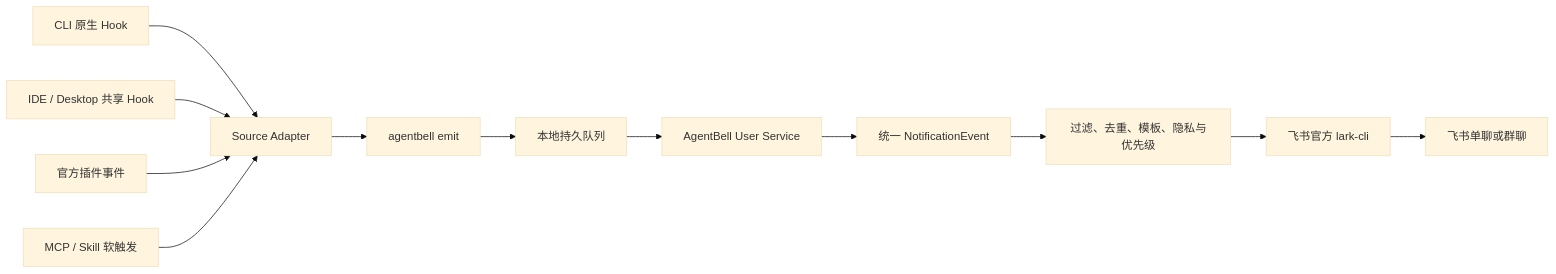
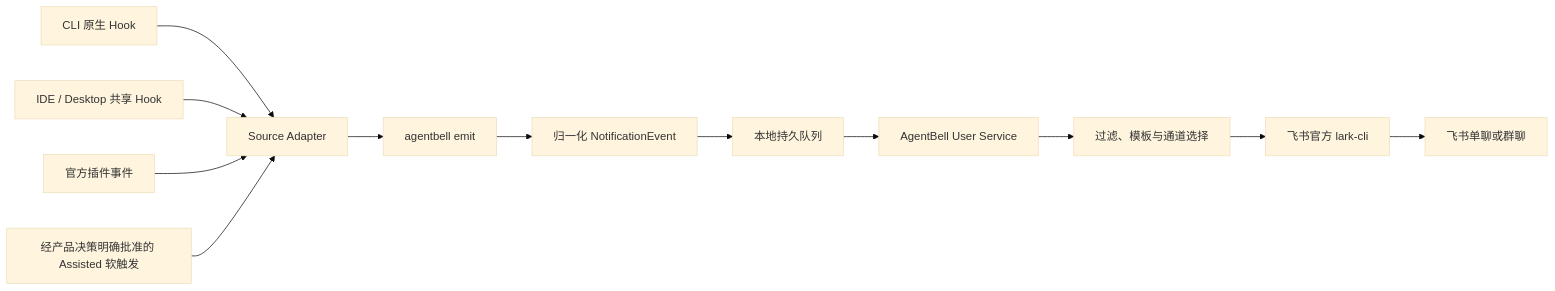
Before and after one commit to liming0791/agentbell: the diagram in docs/architecture.md, drawn with Mermaid (base theme). The commit also changed other lines of this file and 55 other files, not shown here.

````diff
--- a/docs/architecture.md
+++ b/docs/architecture.md
@@ -14,18 +14,18 @@
 ```mermaid
 flowchart LR
     S1["CLI 原生 Hook"]
     S2["IDE / Desktop 共享 Hook"]
     S3["官方插件事件"]
-    S4["MCP / Skill 软触发"]
+    S4["经产品决策明确批准的 Assisted 软触发"]
     S1 --> A["Source Adapter"]
     S2 --> A
     S3 --> A
     S4 --> A
     A --> E["agentbell emit"]
-    E --> Q["本地持久队列"]
+    E --> N["归一化 NotificationEvent"]
+    N --> Q["本地持久队列"]
     Q --> D["AgentBell User Service"]
-    D --> N["统一 NotificationEvent"]
-    N --> P["过滤、去重、模板、隐私与优先级"]
+    D --> P["过滤、模板与通道选择"]
     P --> L["飞书官方 lark-cli"]
     L --> F["飞书单聊或群聊"]
 ```
````
